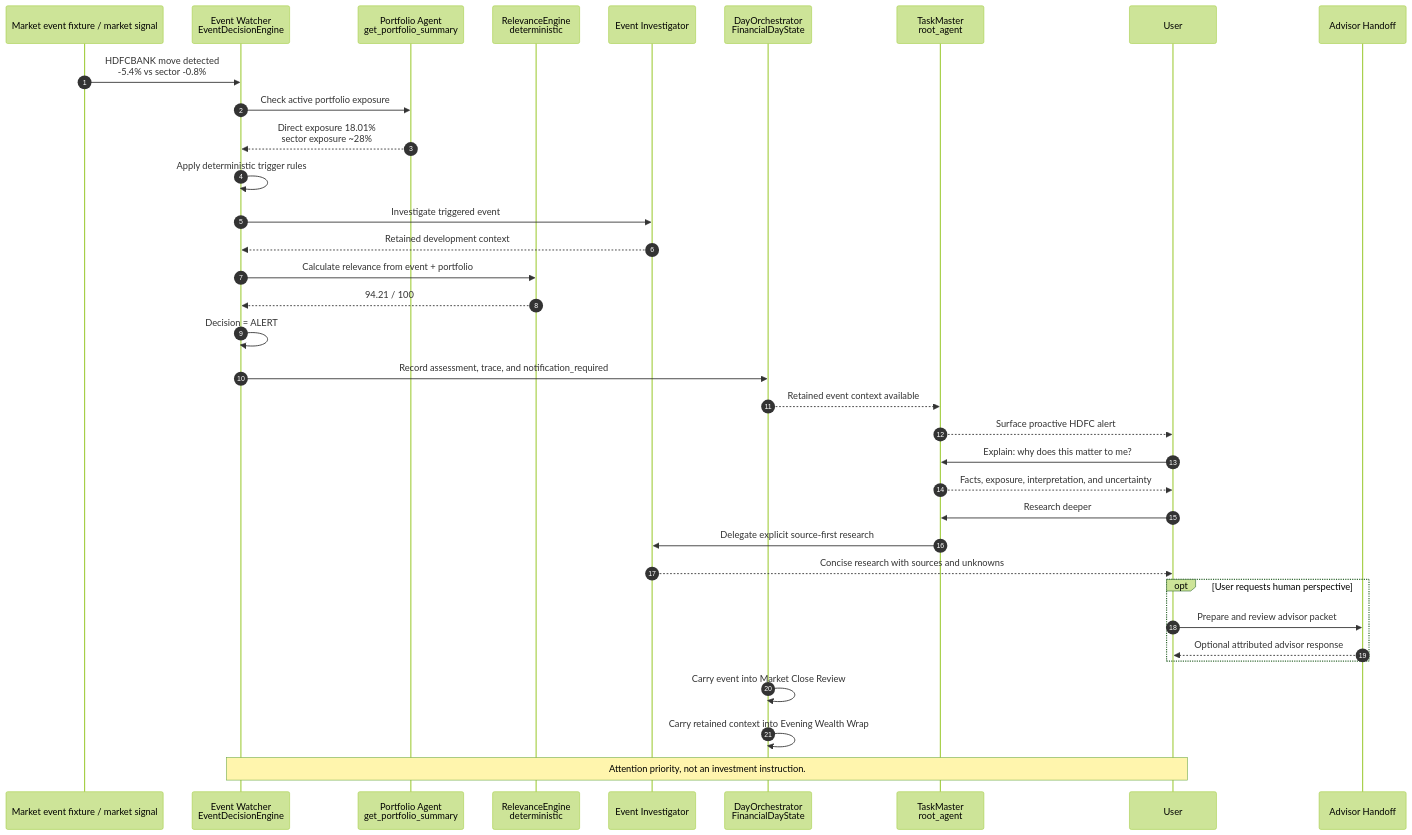
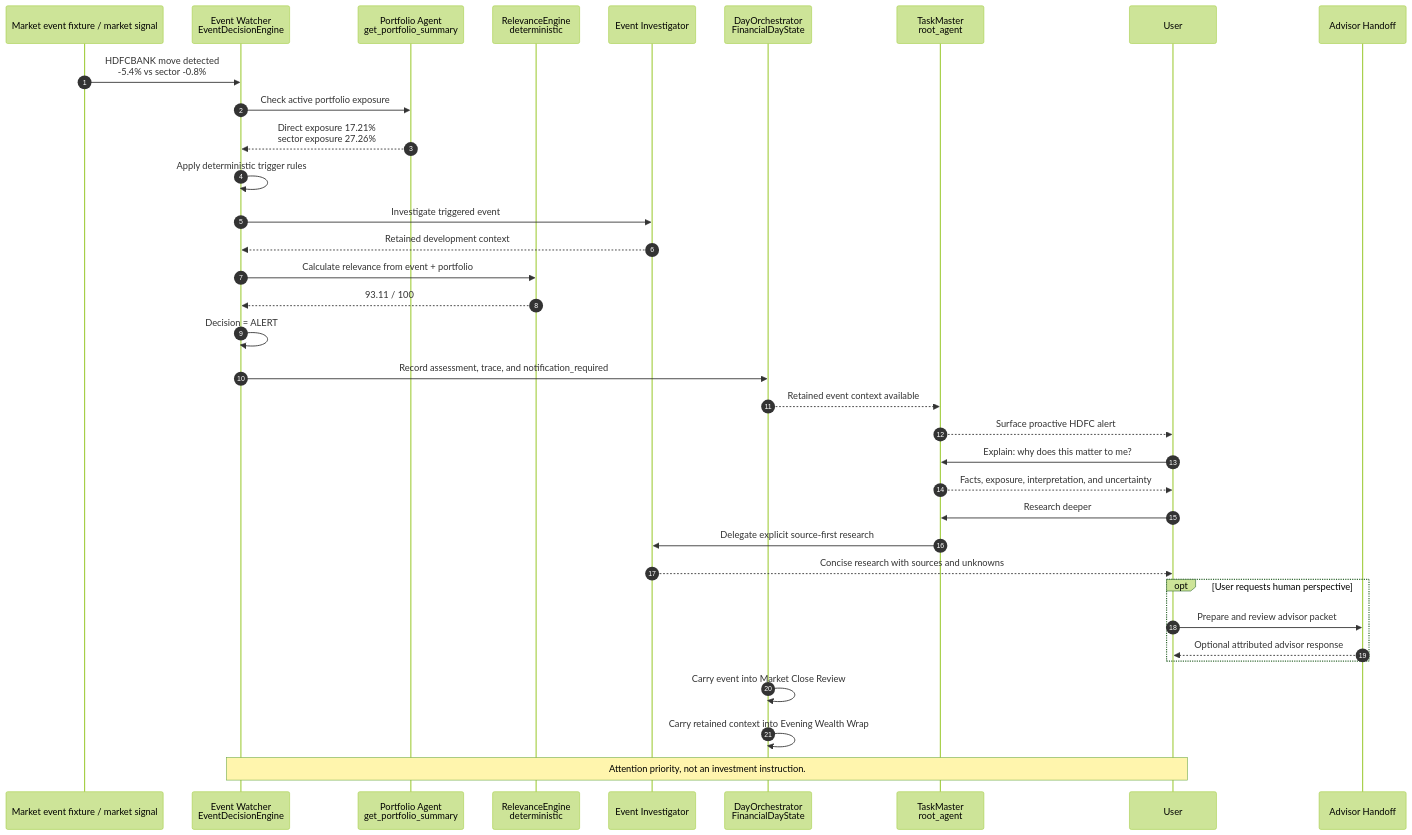
One commit to bhagyashrimeena/taskmaster changed the fifth of 5 diagrams in backend/docs/system-architecture.md. Above: the diagram before and after it, drawn with Mermaid (forest theme). The commit also changed other lines of this file and 166 other files, not shown here.

````diff
--- a/backend/docs/system-architecture.md
+++ b/backend/docs/system-architecture.md
@@ -166,39 +179,39 @@
 ```mermaid
 sequenceDiagram
     autonumber
     participant Market as Market event fixture / market signal
     participant EW as Event Watcher<br/>EventDecisionEngine
     participant PA as Portfolio Agent<br/>get_portfolio_summary
     participant RE as RelevanceEngine<br/>deterministic
     participant Inv as Event Investigator
     participant Day as DayOrchestrator<br/>FinancialDayState
     participant TM as TaskMaster<br/>root_agent
     participant User
     participant Advisor as Advisor Handoff
 
     Market->>EW: HDFCBANK move detected<br/>-5.4% vs sector -0.8%
     EW->>PA: Check active portfolio exposure
-    PA-->>EW: Direct exposure 18.01%<br/>sector exposure ~28%
+    PA-->>EW: Direct exposure 17.21%<br/>sector exposure 27.26%
     EW->>EW: Apply deterministic trigger rules
     EW->>Inv: Investigate triggered event
     Inv-->>EW: Retained development context
     EW->>RE: Calculate relevance from event + portfolio
-    RE-->>EW: 94.21 / 100
+    RE-->>EW: 93.11 / 100
     EW->>EW: Decision = ALERT
     EW->>Day: Record assessment, trace, and notification_required
     Day-->>TM: Retained event context available
     TM-->>User: Surface proactive HDFC alert
     User->>TM: Explain: why does this matter to me?
     TM-->>User: Facts, exposure, interpretation, and uncertainty
     User->>TM: Research deeper
     TM->>Inv: Delegate explicit source-first research
     Inv-->>User: Concise research with sources and unknowns
     opt User requests human perspective
         User->>Advisor: Prepare and review advisor packet
         Advisor-->>User: Optional attributed advisor response
     end
     Day->>Day: Carry event into Market Close Review
     Day->>Day: Carry retained context into Evening Wealth Wrap
 
     Note over EW,User: Attention priority, not an investment instruction.
 ```
````
